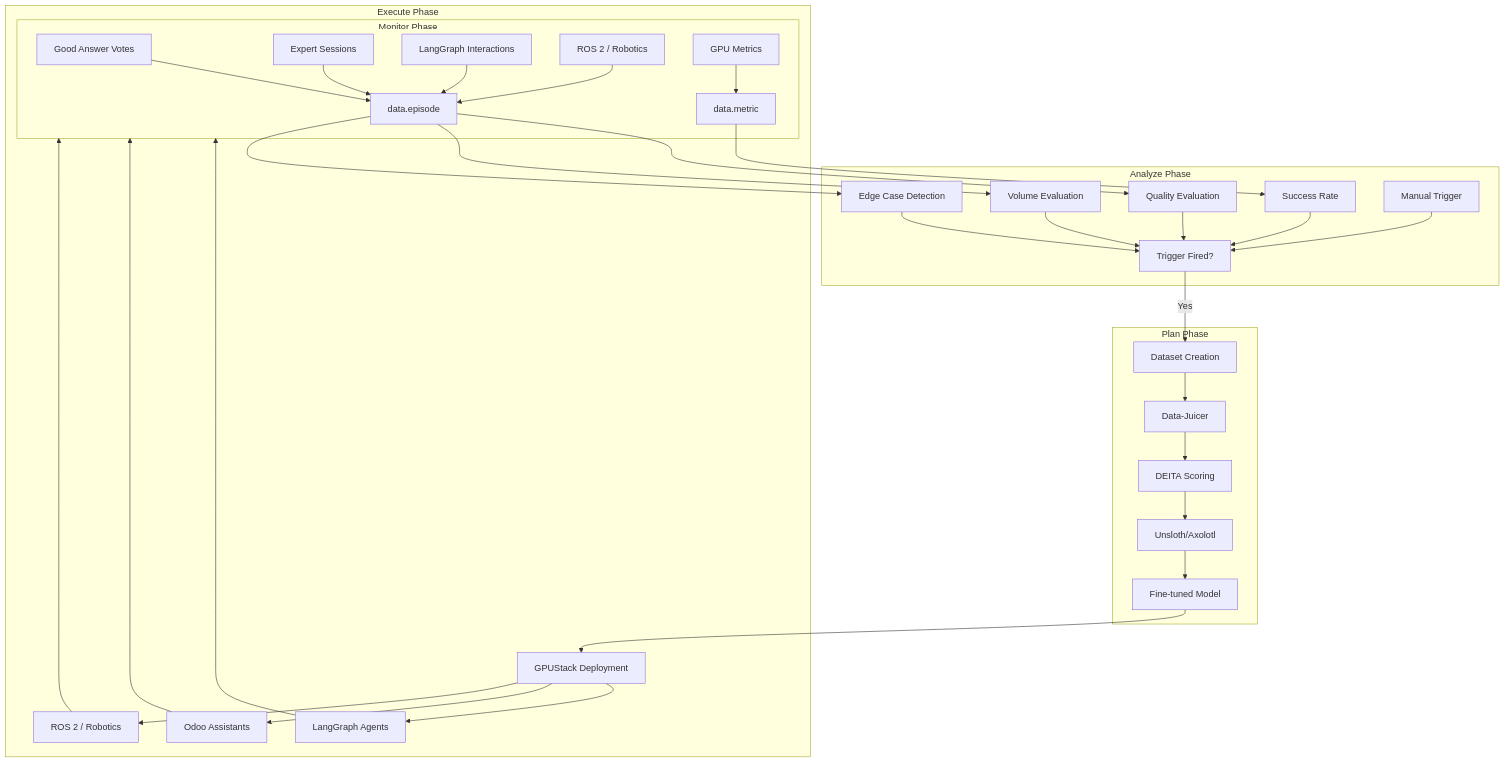
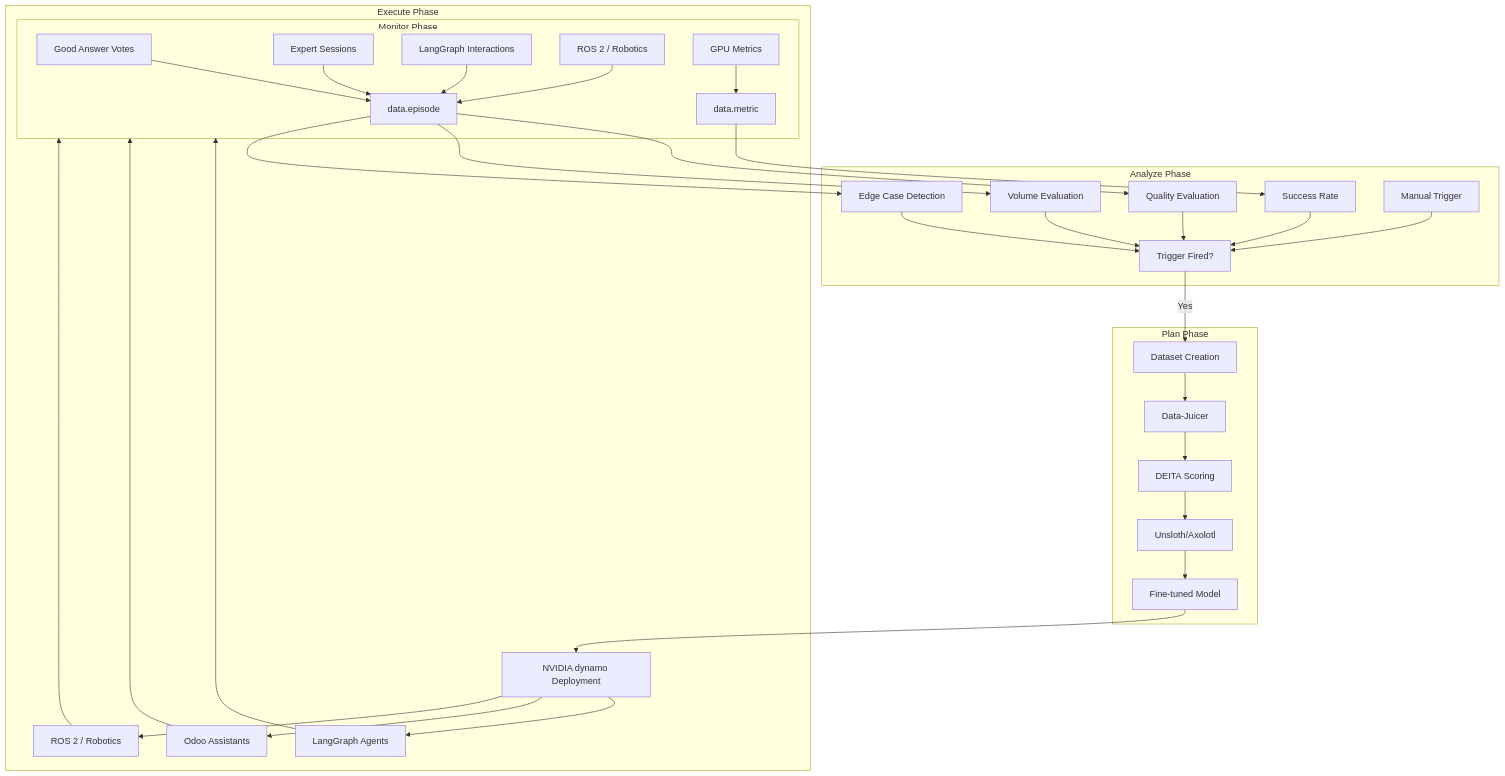
One commit to nettrades/nettrades-platform changed the diagram in docs/developer/self-improving-loop.md. Above: the diagram before and after it, drawn with Mermaid. The commit also changed 56 other files, not shown here.

Commit message:
Moved docs from operations to developer folder and replaced GPUStack with NVIDIA Dynamo

````diff
--- a/docs/developer/self-improving-loop.md
+++ b/docs/developer/self-improving-loop.md
@@ -3,49 +3,49 @@
 ```mermaid
 graph TB
     subgraph Monitor["Monitor Phase"]
         GA["Good Answer Votes"]
         ES["Expert Sessions"]
         LI["LangGraph Interactions"]
         ROS["ROS 2 / Robotics"]
         GM["GPU Metrics"]
 
         GA --> DC1["data.episode"]
         ES --> DC1
         LI --> DC1
         ROS --> DC1
         GM --> DC2["data.metric"]
     end
 
     subgraph Analyze["Analyze Phase"]
         DC1 --> QE["Quality Evaluation"]
         DC2 --> SE["Success Rate"]
         DC1 --> VE["Volume Evaluation"]
         DC1 --> EE["Edge Case Detection"]
 
         QE --> T["Trigger Fired?"]
         SE --> T
         VE --> T
         EE --> T
         Manual["Manual Trigger"] --> T
     end
 
     subgraph Plan["Plan Phase"]
         T -->|Yes| Dataset["Dataset Creation"]
         Dataset --> DJ["Data-Juicer"]
         DJ --> DEITA["DEITA Scoring"]
         DEITA --> Training["Unsloth/Axolotl"]
         Training --> Model["Fine-tuned Model"]
     end
 
     subgraph Execute["Execute Phase"]
-        Model --> Deploy["GPUStack Deployment"]
+        Model --> Deploy["NVIDIA dynamo Deployment"]
         Deploy --> A["LangGraph Agents"]
         Deploy --> B["Odoo Assistants"]
         Deploy --> C["ROS 2 / Robotics"]
 
         A --> Monitor
         B --> Monitor
         C --> Monitor
     end
     
 ```
````
